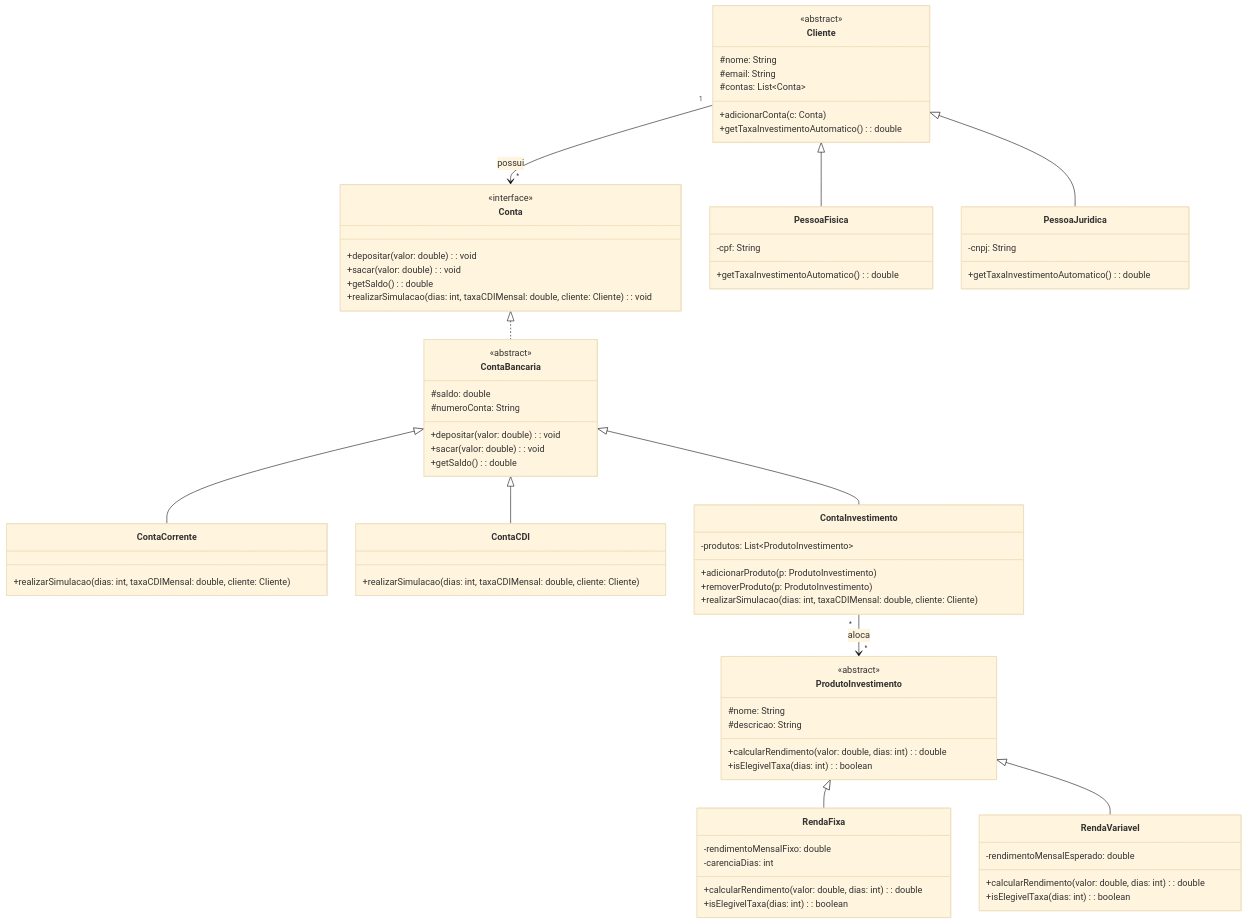
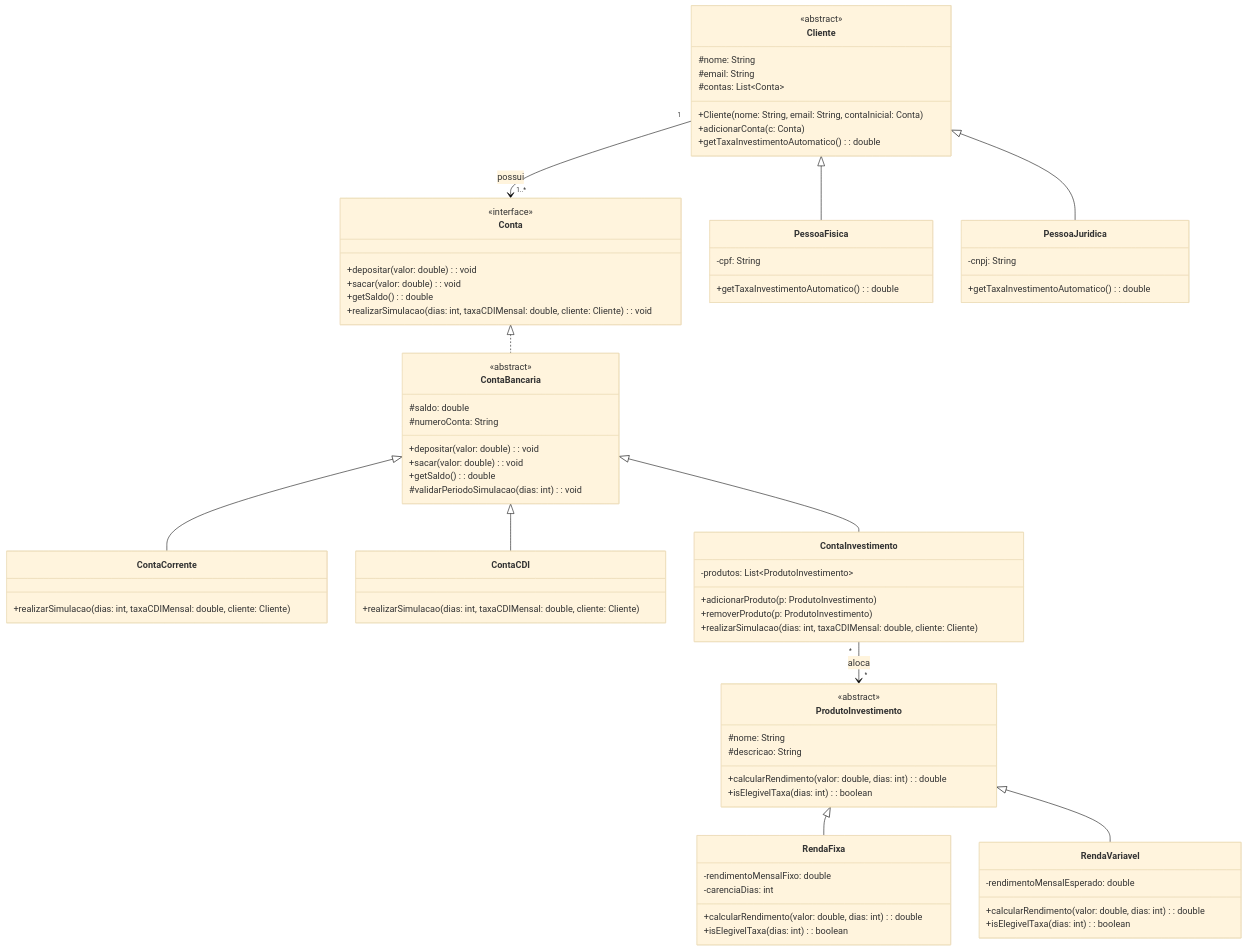
Before and after one commit to PHVital/api-e-microsservicos: the diagram in Exercicio VcRiquinho/Documentacao.md, drawn with Mermaid (base theme). The commit also changed other lines of this file and 20 other files, not shown here.

````diff
--- a/Exercicio VcRiquinho/Documentacao.md
+++ b/Exercicio VcRiquinho/Documentacao.md
@@ -5,79 +5,81 @@
 ```mermaid
 classDiagram
     class Conta {
         <<interface>>
         +depositar(valor: double): void
         +sacar(valor: double): void
         +getSaldo(): double
         +realizarSimulacao(dias: int, taxaCDIMensal: double, cliente: Cliente): void
     }
 
     class ContaBancaria {
         <<abstract>>
         #saldo: double
         #numeroConta: String
         +depositar(valor: double): void
         +sacar(valor: double): void
         +getSaldo(): double
+        #validarPeriodoSimulacao(dias: int): void
     }
     Conta <|.. ContaBancaria
 
     class ContaCorrente {
         +realizarSimulacao(dias: int, taxaCDIMensal: double, cliente: Cliente)
     }
     class ContaCDI {
         +realizarSimulacao(dias: int, taxaCDIMensal: double, cliente: Cliente)
     }
     class ContaInvestimento {
         -produtos: List~ProdutoInvestimento~
         +adicionarProduto(p: ProdutoInvestimento)
         +removerProduto(p: ProdutoInvestimento)
         +realizarSimulacao(dias: int, taxaCDIMensal: double, cliente: Cliente)
     }
     ContaBancaria <|-- ContaCorrente
     ContaBancaria <|-- ContaCDI
     ContaBancaria <|-- ContaInvestimento
 
     class ProdutoInvestimento {
         <<abstract>>
         #nome: String
         #descricao: String
         +calcularRendimento(valor: double, dias: int): double
         +isElegivelTaxa(dias: int): boolean
     }
     class RendaFixa {
         -rendimentoMensalFixo: double
         -carenciaDias: int
         +calcularRendimento(valor: double, dias: int): double
         +isElegivelTaxa(dias: int): boolean
     }
     class RendaVariavel {
         -rendimentoMensalEsperado: double
         +calcularRendimento(valor: double, dias: int): double
         +isElegivelTaxa(dias: int): boolean
     }
     ProdutoInvestimento <|-- RendaFixa
     ProdutoInvestimento <|-- RendaVariavel
 
     class Cliente {
         <<abstract>>
         #nome: String
         #email: String
         #contas: List~Conta~
+        +Cliente(nome: String, email: String, contaInicial: Conta)
         +adicionarConta(c: Conta)
         +getTaxaInvestimentoAutomatico(): double
     }
     class PessoaFisica {
         -cpf: String
         +getTaxaInvestimentoAutomatico(): double
     }
     class PessoaJuridica {
         -cnpj: String
         +getTaxaInvestimentoAutomatico(): double
     }
     Cliente <|-- PessoaFisica
     Cliente <|-- PessoaJuridica
 
-    Cliente "1" --> "*" Conta : possui
+    Cliente "1" --> "1..*" Conta : possui
     ContaInvestimento "*" --> "*" ProdutoInvestimento : aloca
 ```
````
